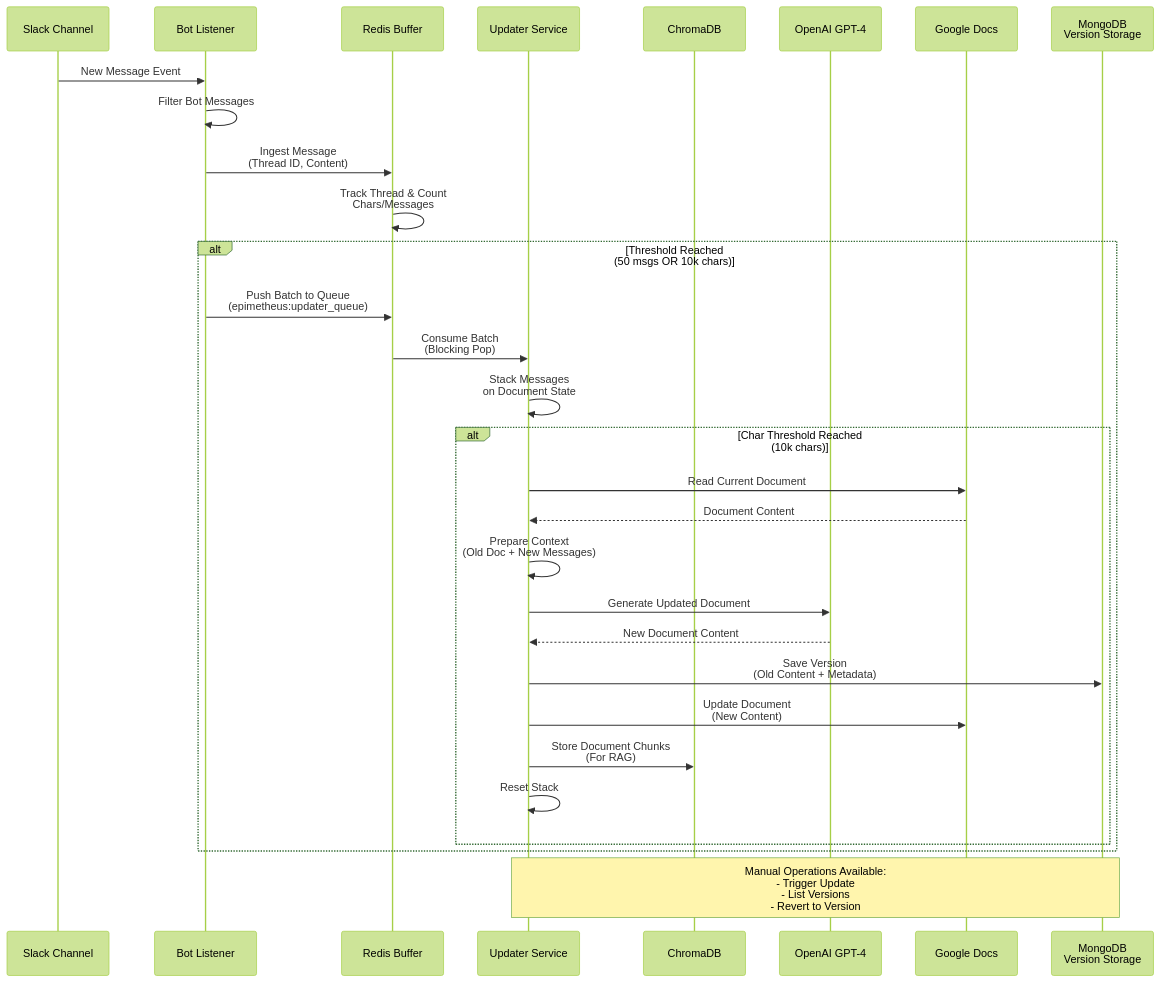
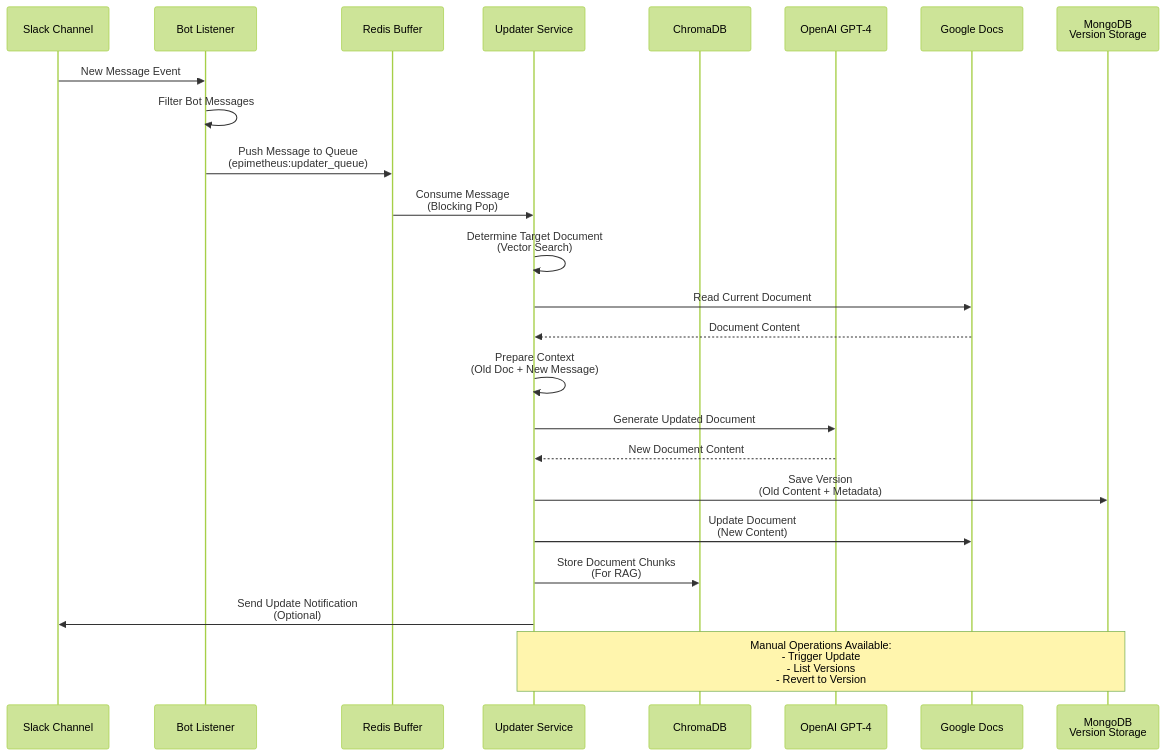
One commit to davitmarg/Epimetheus-Bot changed the second of 3 diagrams in README.md. Above: the diagram before and after it, drawn with Mermaid (forest theme). The commit also changed other lines of this file and 1 other file, not shown here.

````diff
--- a/README.md
+++ b/README.md
@@ -40,36 +40,28 @@
 ```mermaid
 sequenceDiagram
     participant Slack as Slack Channel
     participant Bot as Bot Listener
     participant Redis as Redis Buffer
     participant Updater as Updater Service
     participant ChromaDB as ChromaDB
     participant OpenAI as OpenAI GPT-4
     participant GoogleDocs as Google Docs
     participant MongoDB as MongoDB<br/>Version Storage
     
     Slack->>Bot: New Message Event
     Bot->>Bot: Filter Bot Messages
-    Bot->>Redis: Ingest Message<br/>(Thread ID, Content)
-    Redis->>Redis: Track Thread & Count<br/>Chars/Messages
-    
-    alt Threshold Reached<br/>(50 msgs OR 10k chars)
-        Bot->>Redis: Push Batch to Queue<br/>(epimetheus:updater_queue)
-        Redis->>Updater: Consume Batch<br/>(Blocking Pop)
-        Updater->>Updater: Stack Messages<br/>on Document State
-        
-        alt Char Threshold Reached<br/>(10k chars)
-            Updater->>GoogleDocs: Read Current Document
-            GoogleDocs-->>Updater: Document Content
-            Updater->>Updater: Prepare Context<br/>(Old Doc + New Messages)
-            Updater->>OpenAI: Generate Updated Document
-            OpenAI-->>Updater: New Document Content
-            Updater->>MongoDB: Save Version<br/>(Old Content + Metadata)
-            Updater->>GoogleDocs: Update Document<br/>(New Content)
-            Updater->>ChromaDB: Store Document Chunks<br/>(For RAG)
-            Updater->>Updater: Reset Stack
-        end
-    end
+    Bot->>Redis: Push Message to Queue<br/>(epimetheus:updater_queue)
+    Redis->>Updater: Consume Message<br/>(Blocking Pop)
+    Updater->>Updater: Determine Target Document<br/>(Vector Search)
+    Updater->>GoogleDocs: Read Current Document
+    GoogleDocs-->>Updater: Document Content
+    Updater->>Updater: Prepare Context<br/>(Old Doc + New Message)
+    Updater->>OpenAI: Generate Updated Document
+    OpenAI-->>Updater: New Document Content
+    Updater->>MongoDB: Save Version<br/>(Old Content + Metadata)
+    Updater->>GoogleDocs: Update Document<br/>(New Content)
+    Updater->>ChromaDB: Store Document Chunks<br/>(For RAG)
+    Updater->>Slack: Send Update Notification<br/>(Optional)
     
     Note over Updater,MongoDB: Manual Operations Available:<br/>- Trigger Update<br/>- List Versions<br/>- Revert to Version
 ```
````
